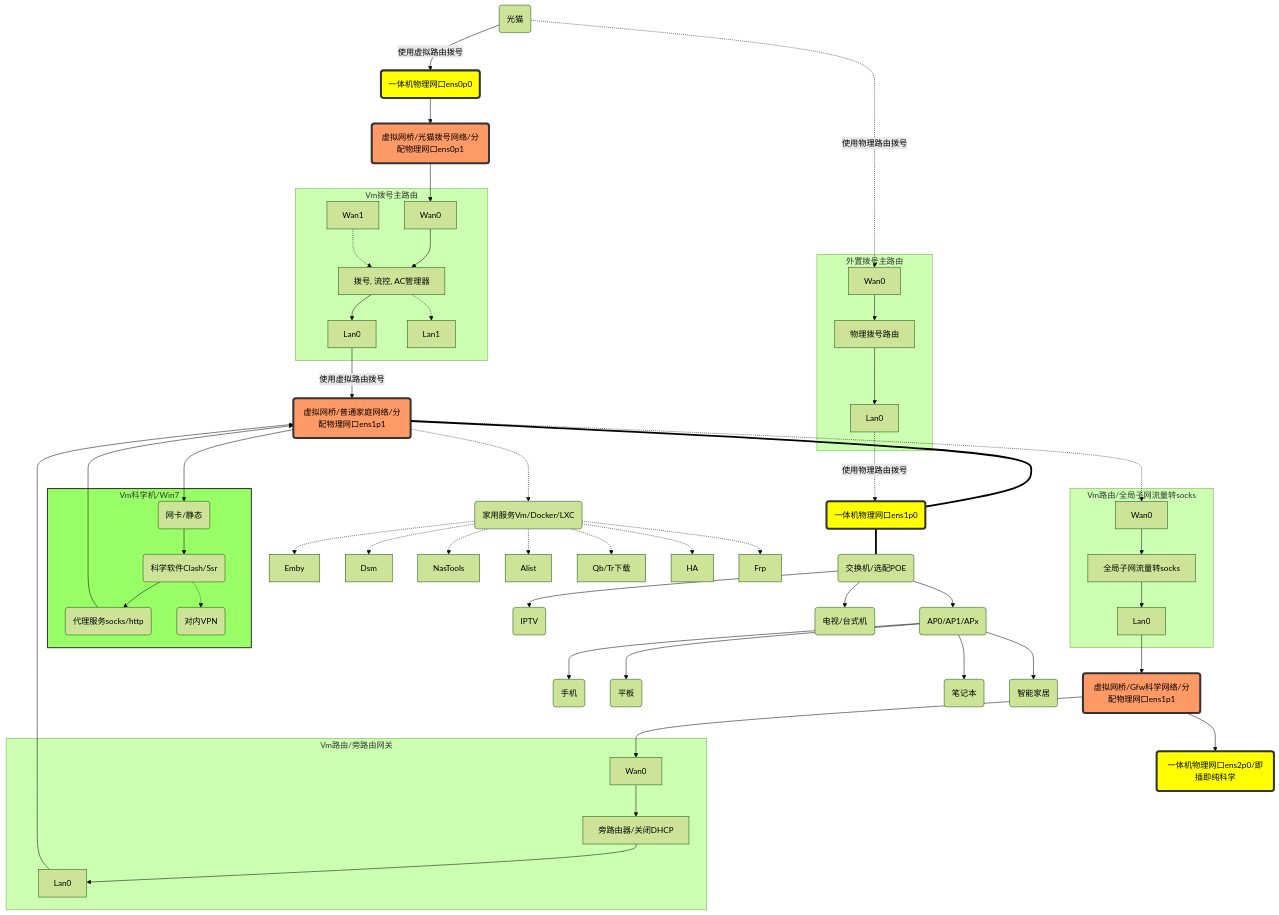
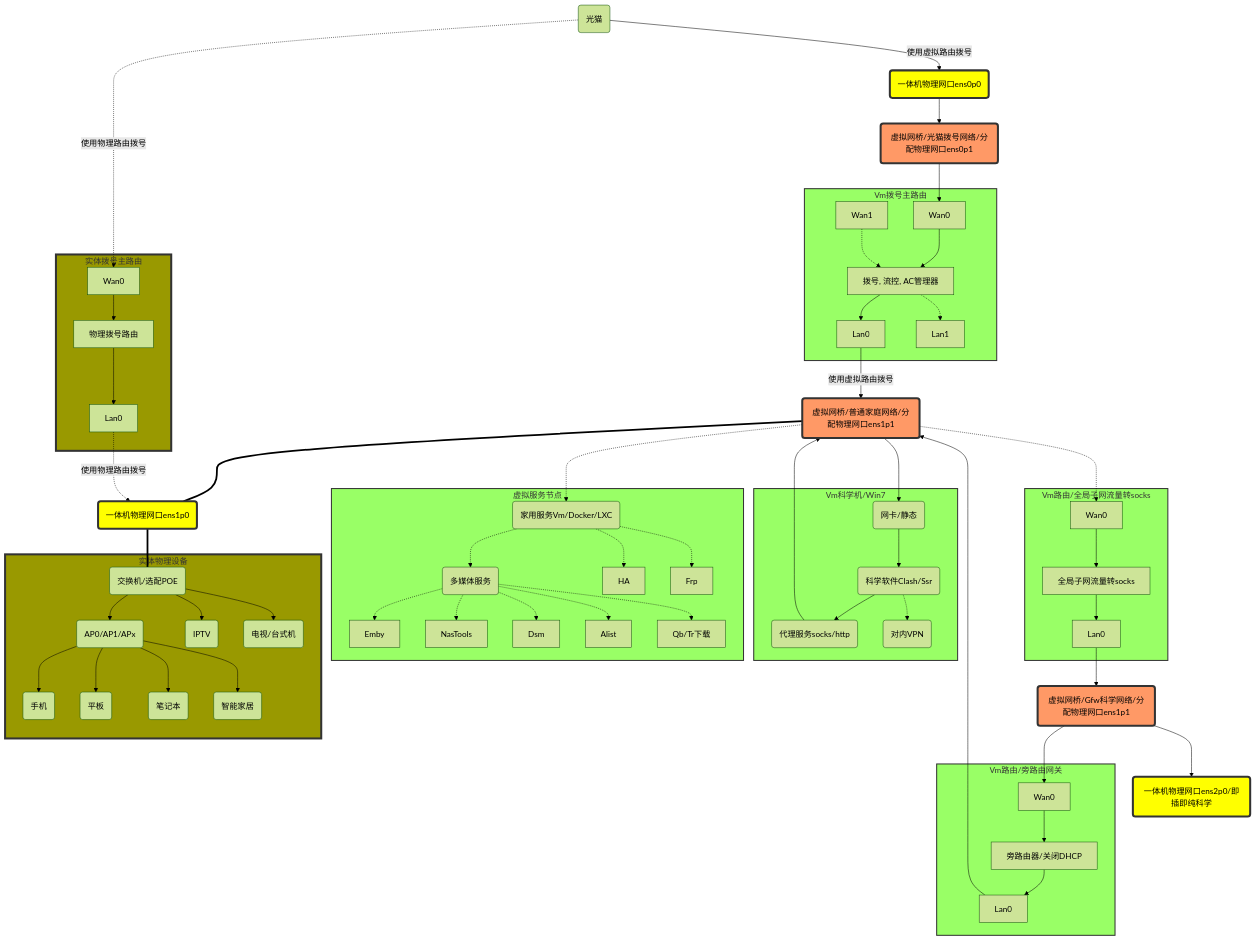
One commit to godvmxi/godvmxi.github.io changed the first of 2 diagrams in source/_posts/pve-gfw-home-usage.md. Above: the diagram before and after it, drawn with Mermaid (forest theme). The commit also changed other lines of this file, not shown here.

````diff
--- a/source/_posts/pve-gfw-home-usage.md
+++ b/source/_posts/pve-gfw-home-usage.md
@@ -62,7 +62,7 @@
     
     
 
-    subgraph Sub0[Vm拨号主路由]
+    subgraph VmSubDial[Vm拨号主路由]
         DialRouter[拨号, 流控, AC管理器]
         DiagWan0[Wan0] --> DialRouter
         DiagWan1[Wan1] -.-> DialRouter
@@ -76,12 +76,12 @@
     BrDial  --> DiagWan0
 
 
-    subgraph Sub1[Vm科学机/Win7]
-        Sub1Eth(网卡/静态)
+    subgraph SubVmWin0[Vm科学机/Win7]
+        SubVmWin0Eth(网卡/静态)
         GfwSw(科学软件Clash/Ssr)
         GfwProxy(代理服务socks/http)
         GfwVpn(对内VPN)
-        Sub1Eth --> GfwSw
+        SubVmWin0Eth --> GfwSw
         GfwSw --> GfwProxy
         GfwSw -.-> GfwVpn
         
@@ -89,26 +89,38 @@
     end
 
 
-    subgraph Sub2[Vm路由/全局子网流量转socks]
-        Sub2OpWan[Wan0] --> Sub2Op
-        Sub2Op[全局子网流量转socks]
-        Sub2Op --> Sub2OpLan[Lan0]
+    subgraph SubVmOp1[Vm路由/全局子网流量转socks]
+        SubVmOp1OpWan[Wan0] --> SubVmOp1Op
+        SubVmOp1Op[全局子网流量转socks]
+        SubVmOp1Op --> SubVmOp1OpLan[Lan0]
     end
 
 
-    subgraph Sub3[Vm路由/旁路由网关]
-        Sub3OpWan[Wan0] --> Sub3Op
-        Sub3Op[旁路由器/关闭DHCP]
-        Sub3Op --> Sub3OpLan[Lan0]
+    subgraph SubVmOp2[Vm路由/旁路由网关]
+        SubVmOp2OpWan[Wan0] --> SubVmOp2Op
+        SubVmOp2Op[旁路由器/关闭DHCP]
+        SubVmOp2Op --> SubVmOp2OpLan[Lan0]
     end
 
-    subgraph Sub4[外置拨号主路由]
-        Sub4Wan[Wan0]
-        Sub4Wan --> Sub4Op[物理拨号路由]
-        Sub4Op --> Sub4OpLan0[Lan0]
+    subgraph SubPhyRouter[实体拨号主路由]
+        SubPhyRouterWan[Wan0]
+        SubPhyRouterWan --> SubPhyRouterOp[物理拨号路由]
+        SubPhyRouterOp --> SubPhyRouterOpLan0[Lan0]
     end
 
-    BrHome --> Sub1Eth
+    subgraph SubVmService[虚拟服务节点]
+        LXC -.-> Media(多媒体服务)
+        Media -.-> Emby        
+        Media -.-> NasTools
+        Media -.-> Dsm
+        Media -.-> Alist
+        Media -.-> Qb[Qb/Tr下载]
+        LXC -.-> HA
+        LXC -.-> Frp
+        
+    end
+
+    BrHome --> SubVmWin0Eth
 
     GfwProxy --> BrHome
     BrHome === BrHomePhy
@@ -116,42 +128,42 @@
     BrHomePhy === SwitchPoe
 
 
+    subgraph SubRealDevice[实体物理设备]
+        SwitchPoe --> APx(AP0/AP1/APx)    
+        SwitchPoe --> IPTV(IPTV)
+        SwitchPoe --> TV(电视/台式机)
+
+        APx --> Mobile(手机)
+        APx --> Tablet(平板)
+        APx --> Laptio(笔记本)
+        APx --> Device(智能家居)
+    end
+
+
     
-    SwitchPoe --> APx(AP0/AP1/APx)    
-    SwitchPoe --> IPTV(IPTV)
-    SwitchPoe --> TV(电视/台式机)
-
-    APx --> Mobile(手机)
-    APx --> Tablet(平板)
-    APx --> Laptio(笔记本)
-    APx --> Device(智能家居)
+    
 
 
     BrHome -.-> LXC(家用服务Vm/Docker/LXC)
 
 
+    
 
-    LXC -.-> Emby
-    LXC -.-> Dsm
-    LXC -.-> NasTools
-    LXC -.-> Alist
-    LXC -.-> Qb[Qb/Tr下载]
-    LXC -.-> HA
-    LXC -.-> Frp
+    
 
 
-    BrHome -.->  Sub2OpWan
+    BrHome -.->  SubVmOp1OpWan
 
 
 
-    Sub2OpLan --> BrGfw
+    SubVmOp1OpLan --> BrGfw
 
 
-    BrGfw --> Sub3OpWan
+    BrGfw --> SubVmOp2OpWan
 
     BrGfw --> BrGfwPhy
 
-    Sub3OpLan --> BrHome
+    SubVmOp2OpLan --> BrHome
 
 
 
@@ -165,8 +177,8 @@
     DialLan0 -->|使用虚拟路由拨号| BrHome
 
 
-    Modem -.->|使用物理路由拨号| Sub4Wan
-    Sub4OpLan0 -.->|使用物理路由拨号| BrHomePhy
+    Modem -.->|使用物理路由拨号| SubPhyRouterWan
+    SubPhyRouterOpLan0 -.->|使用物理路由拨号| BrHomePhy
 
 
 
@@ -176,13 +188,20 @@
 
 
 
-     classDef green fill:#9f6,stroke:#333,stroke-width:2px;
-     classDef orange fill:#f96,stroke:#333,stroke-width:4px;
-     classDef red    fill:#ff0,stroke:#333,stroke-width:4px;
+    classDef CssGreen fill:#9f6,stroke:#333,stroke-width:2px;
+    classDef orange fill:#f96,stroke:#333,stroke-width:4px;
+    classDef CssRed    fill:#ff0,stroke:#333,stroke-width:4px;
 
-     class BrDial,BrHome,BrGfw orange
-     class Sub1 green
-     class BrGfwPhy,BrHomePhy,BrDialPhy red
+    classDef CssReal    fill:#990,stroke:#333,stroke-width:4px;
+
+    class BrDial,BrHome,BrGfw orange
+    class SubVmWin0,SubVmOp1,SubVmOp2,VmSubDial,SubVmService CssGreen
+
+    class SubVmService green
+    class BrGfwPhy,BrHomePhy,BrDialPhy CssRed
+
+    class SubRealDevice CssReal
+    class SubPhyRouter CssReal
      
 
 ```
````
